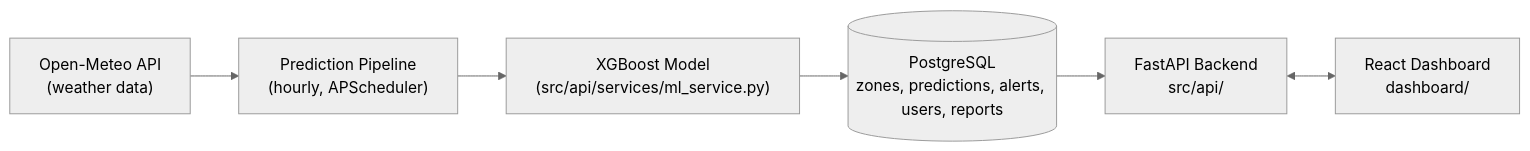
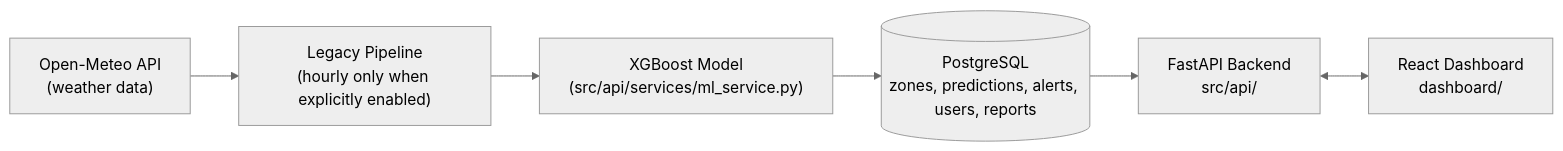
The diagram in README.md (BillyKibet-dev/Predictive-Flood-Modelling-System), drawn with Mermaid (neutral theme) before and after one commit. The commit also changed other lines of this file and 9 other files, not shown here.

````diff
--- a/README.md
+++ b/README.md
@@ -18,8 +41,8 @@
 ```mermaid
 flowchart LR
-    W["Open-Meteo API<br/>(weather data)"] --> P["Prediction Pipeline<br/>(hourly, APScheduler)"]
+    W["Open-Meteo API<br/>(weather data)"] --> P["Legacy Pipeline<br/>(hourly only when explicitly enabled)"]
     P --> M["XGBoost Model<br/>(src/api/services/ml_service.py)"]
     M --> DB[("PostgreSQL<br/>zones, predictions, alerts, users, reports")]
     DB --> API["FastAPI Backend<br/>src/api/"]
     API <--> UI["React Dashboard<br/>dashboard/"]
 ```
````
